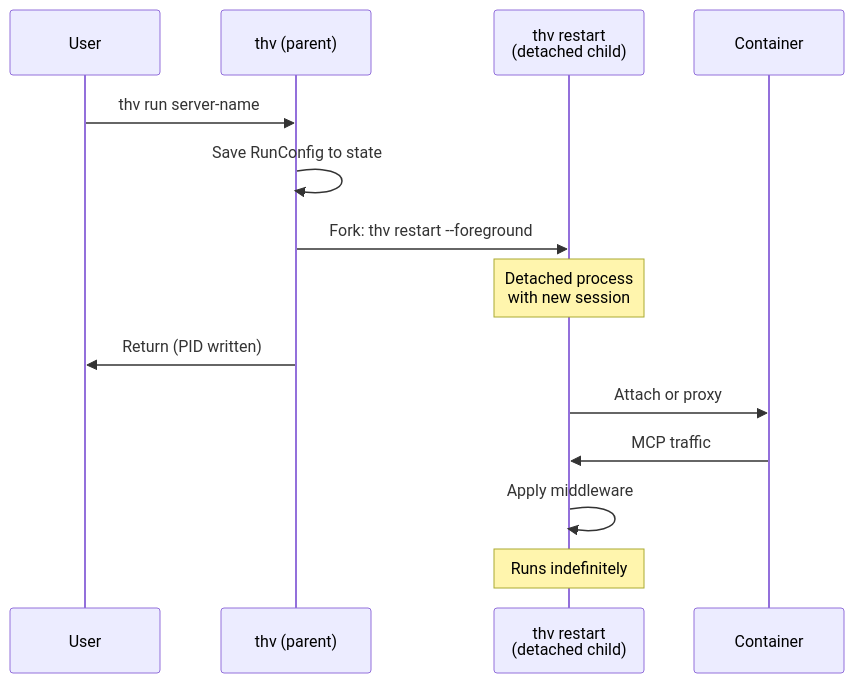
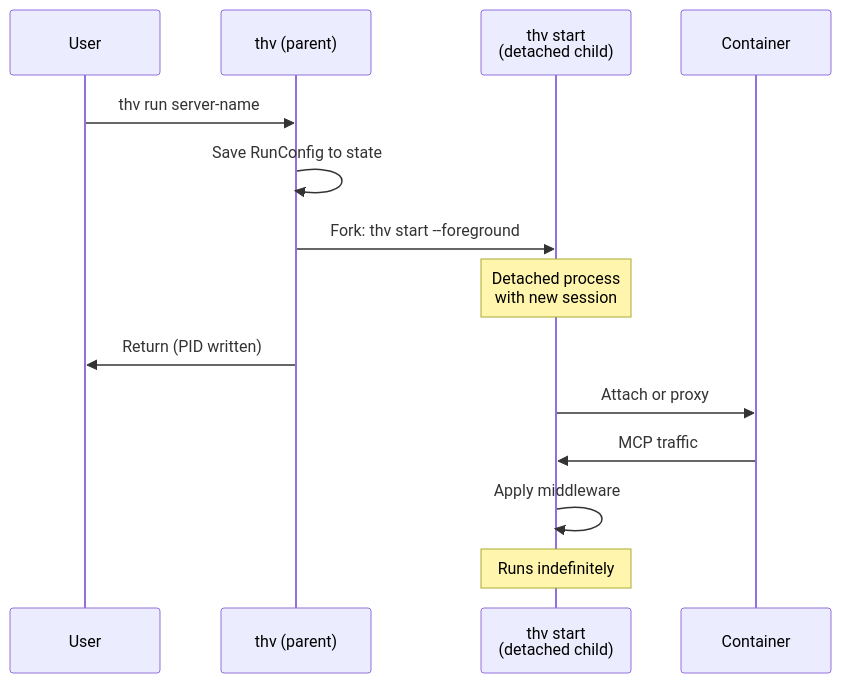
One commit to stacklok/toolhive changed the third of 7 diagrams in docs/arch/01-deployment-modes.md. Above: the diagram before and after it, drawn with Mermaid. The commit also changed other lines of this file and 14 other files, not shown here.

Commit message:
updated thv restart to thv start

````diff
--- a/docs/arch/01-deployment-modes.md
+++ b/docs/arch/01-deployment-modes.md
@@ -111,17 +111,17 @@
 ```mermaid
 sequenceDiagram
     participant User
     participant THV as thv (parent)
-    participant THV2 as thv restart<br/>(detached child)
+    participant THV2 as thv start<br/>(detached child)
     participant Container
 
     User->>THV: thv run server-name
     THV->>THV: Save RunConfig to state
-    THV->>THV2: Fork: thv restart --foreground
+    THV->>THV2: Fork: thv start --foreground
     Note over THV2: Detached process<br/>with new session
     THV->>User: Return (PID written)
     THV2->>Container: Attach or proxy
     Container->>THV2: MCP traffic
     THV2->>THV2: Apply middleware
     Note over THV2: Runs indefinitely
 ```
````
